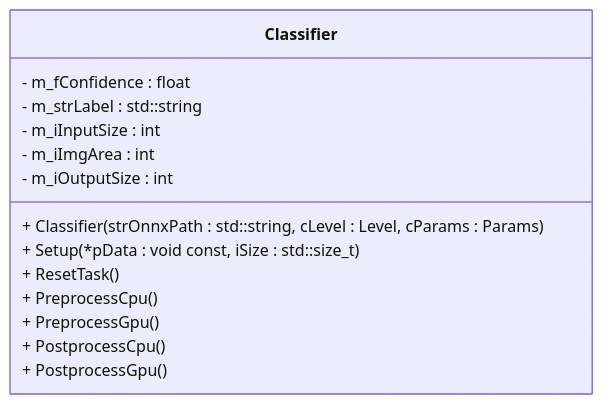
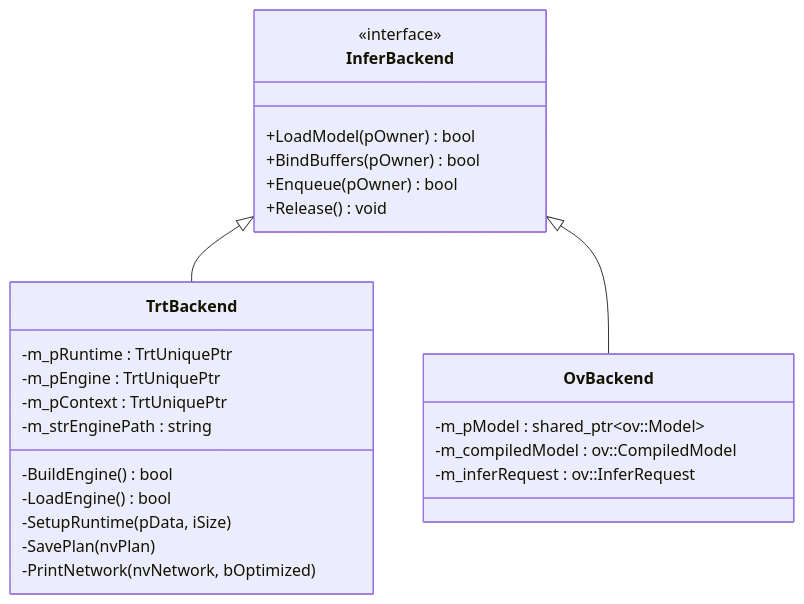
Before and after one commit to Chang-Chiang/InferDeploy: diagram 13 of 13 in README.md, drawn with Mermaid. The commit also changed other lines of this file and 29 other files, not shown here.

````diff
--- a/README.md
+++ b/README.md
@@ -232,18 +366,28 @@
 ```mermaid
 classDiagram
-class Classifier {
-    - m_fConfidence : float
-    - m_strLabel : std::string
-    - m_iInputSize : int
-    - m_iImgArea : int
-    - m_iOutputSize : int
-
-    + Classifier(strOnnxPath : std::string, cLevel : Level, cParams : Params)
-    + Setup(*pData : void const, iSize : std::size_t)
-    + ResetTask()
-    + PreprocessCpu()
-    + PreprocessGpu()
-    + PostprocessCpu()
-    + PostprocessGpu()
+class InferBackend {
+    <<interface>>
+    +LoadModel(pOwner) bool
+    +BindBuffers(pOwner) bool
+    +Enqueue(pOwner) bool
+    +Release() void
 }
+class TrtBackend {
+    -m_pRuntime : TrtUniquePtr
+    -m_pEngine : TrtUniquePtr
+    -m_pContext : TrtUniquePtr
+    -m_strEnginePath : string
+    -BuildEngine() bool
+    -LoadEngine() bool
+    -SetupRuntime(pData, iSize)
+    -SavePlan(nvPlan)
+    -PrintNetwork(nvNetwork, bOptimized)
+}
+class OvBackend {
+    -m_pModel : shared_ptr~ov::Model~
+    -m_compiledModel : ov::CompiledModel
+    -m_inferRequest : ov::InferRequest
+}
+InferBackend <|-- TrtBackend
+InferBackend <|-- OvBackend
 ```
````
